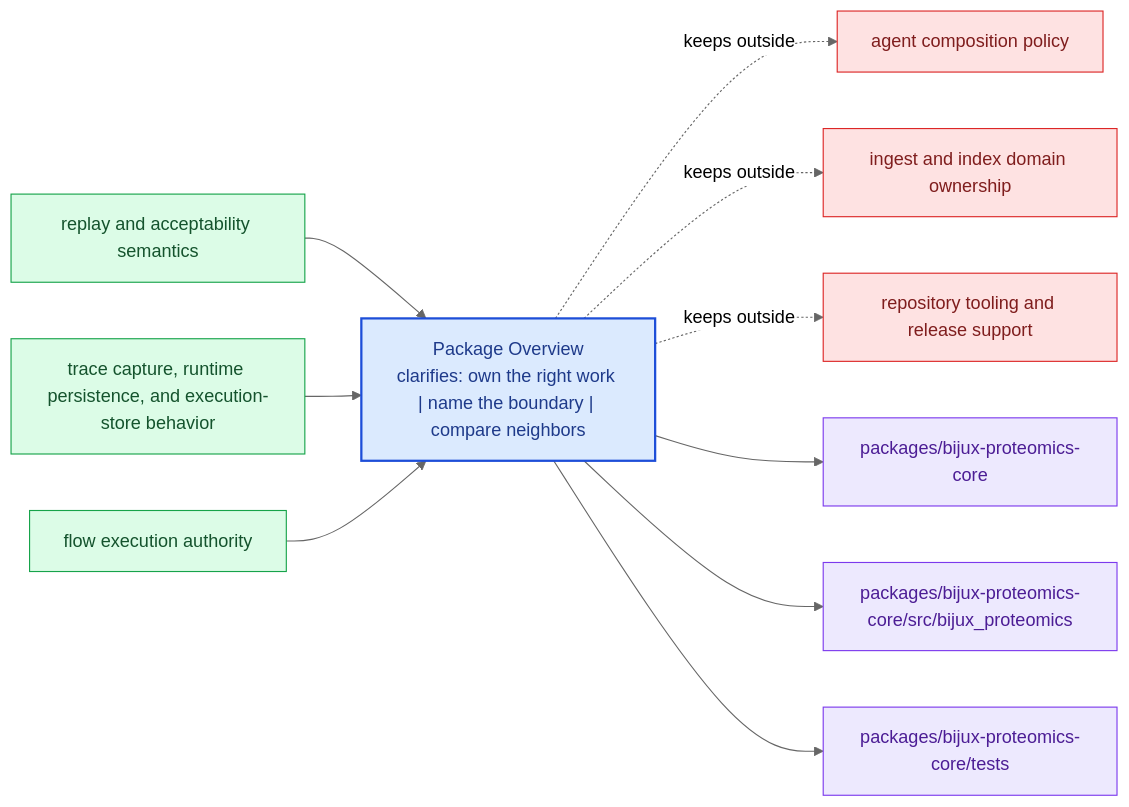
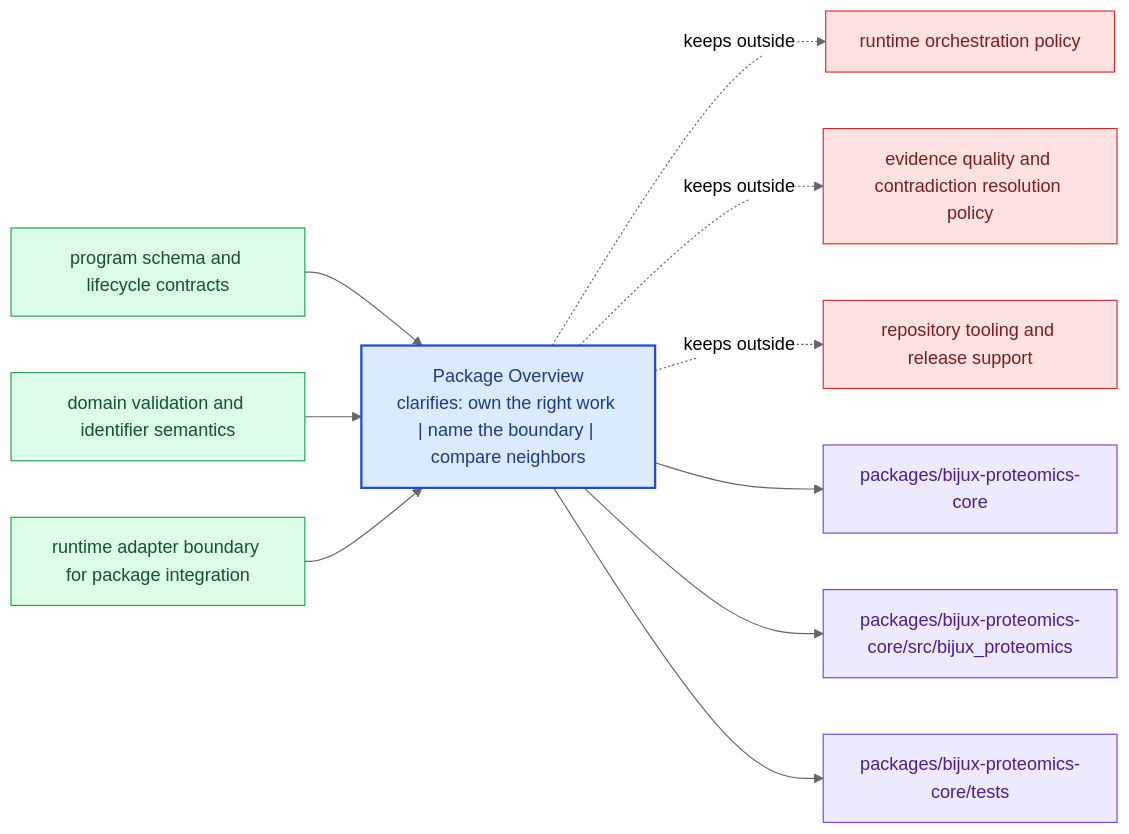
Before and after one commit to bijux/bijux-proteomics: the diagram in docs/bijux-proteomics-core/foundation/package-overview.md, drawn with Mermaid (neutral theme). The commit also changed other lines of this file and 24 other files, not shown here.

Commit message:
docs(bijux-proteomics-core): realign handbook around program contracts and lifecycle models

````diff
--- a/docs/bijux-proteomics-core/foundation/package-overview.md
+++ b/docs/bijux-proteomics-core/foundation/package-overview.md
@@ -23,31 +25,31 @@
 ```mermaid
 flowchart LR
     page["Package Overview<br/>clarifies: own the right work | name the boundary | compare neighbors"]
     classDef page fill:#dbeafe,stroke:#1d4ed8,color:#1e3a8a,stroke-width:2px;
     classDef positive fill:#dcfce7,stroke:#16a34a,color:#14532d;
     classDef caution fill:#fee2e2,stroke:#dc2626,color:#7f1d1d;
     classDef anchor fill:#ede9fe,stroke:#7c3aed,color:#4c1d95;
     classDef action fill:#fef3c7,stroke:#d97706,color:#7c2d12;
-    own1["replay and acceptability semantics"]
+    own1["program schema and lifecycle contracts"]
     own1 --> page
-    own2["trace capture, runtime persistence, and execution-store behavior"]
+    own2["domain validation and identifier semantics"]
     own2 --> page
-    own3["flow execution authority"]
+    own3["runtime adapter boundary for package integration"]
     own3 --> page
-    limit1["agent composition policy"]
+    limit1["runtime orchestration policy"]
     page -.keeps outside.-> limit1
-    limit2["ingest and index domain ownership"]
+    limit2["evidence quality and contradiction resolution policy"]
     page -.keeps outside.-> limit2
     limit3["repository tooling and release support"]
     page -.keeps outside.-> limit3
     anchor1["packages/bijux-proteomics-core"]
     page --> anchor1
     anchor2["packages/bijux-proteomics-core/src/bijux_proteomics"]
     page --> anchor2
     anchor3["packages/bijux-proteomics-core/tests"]
     page --> anchor3
     class page page;
     class own1,own2,own3 positive;
     class limit1,limit2,limit3 caution;
     class anchor1,anchor2,anchor3 anchor;
 ```
````
